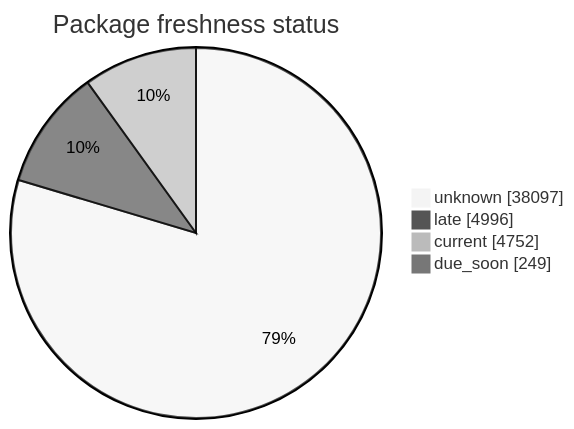
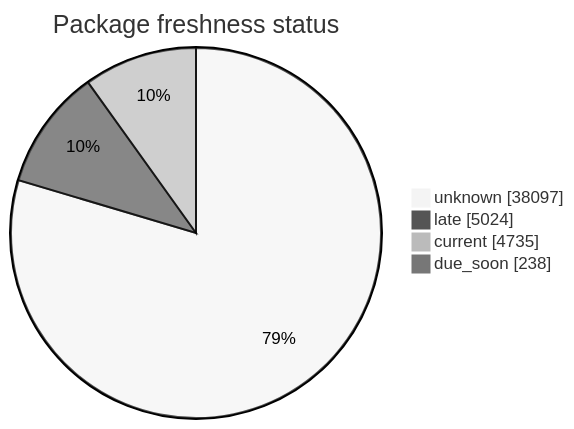
One commit to open-data/analytics-corporate-reporting changed the second of 5 diagrams in FreshCheck/README.md. Above: the diagram before and after it, drawn with Mermaid (neutral theme). The commit also changed other lines of this file and 3 other files, not shown here.

````diff
--- a/FreshCheck/README.md
+++ b/FreshCheck/README.md
@@ -68,7 +68,7 @@
 ```mermaid
 pie showData title Package freshness status
     "unknown": 38097
-    "late": 4996
-    "current": 4752
-    "due_soon": 249
+    "late": 5024
+    "current": 4735
+    "due_soon": 238
 ```
````
